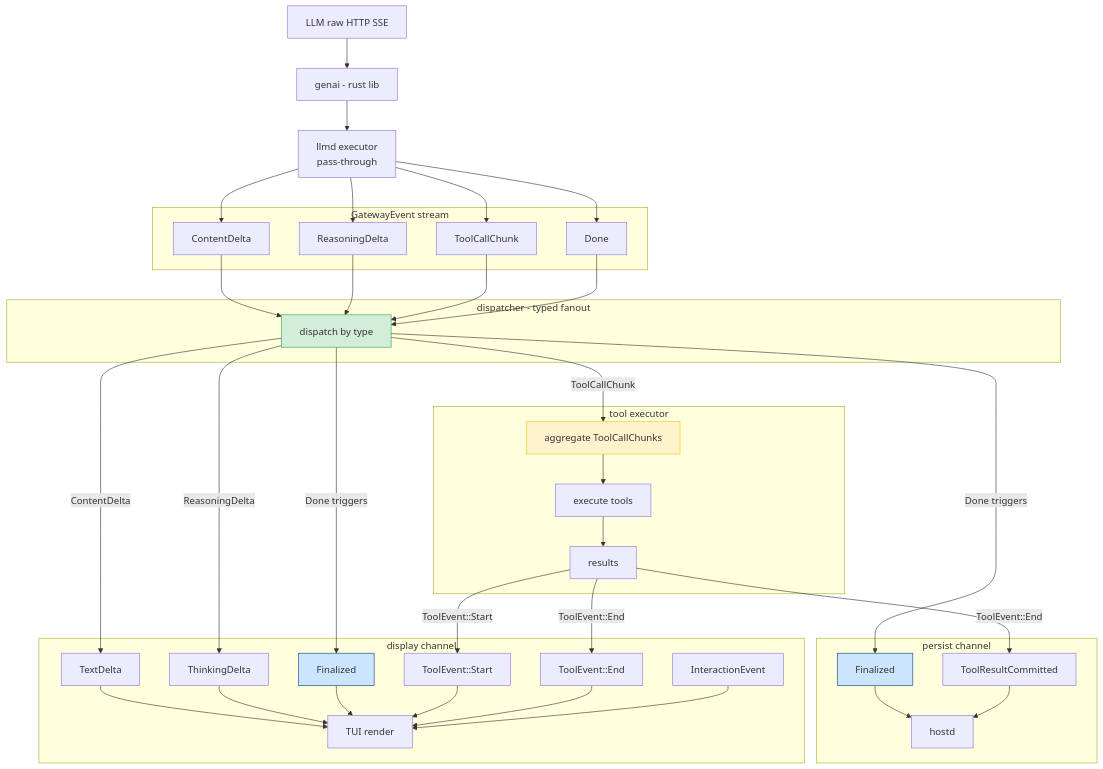
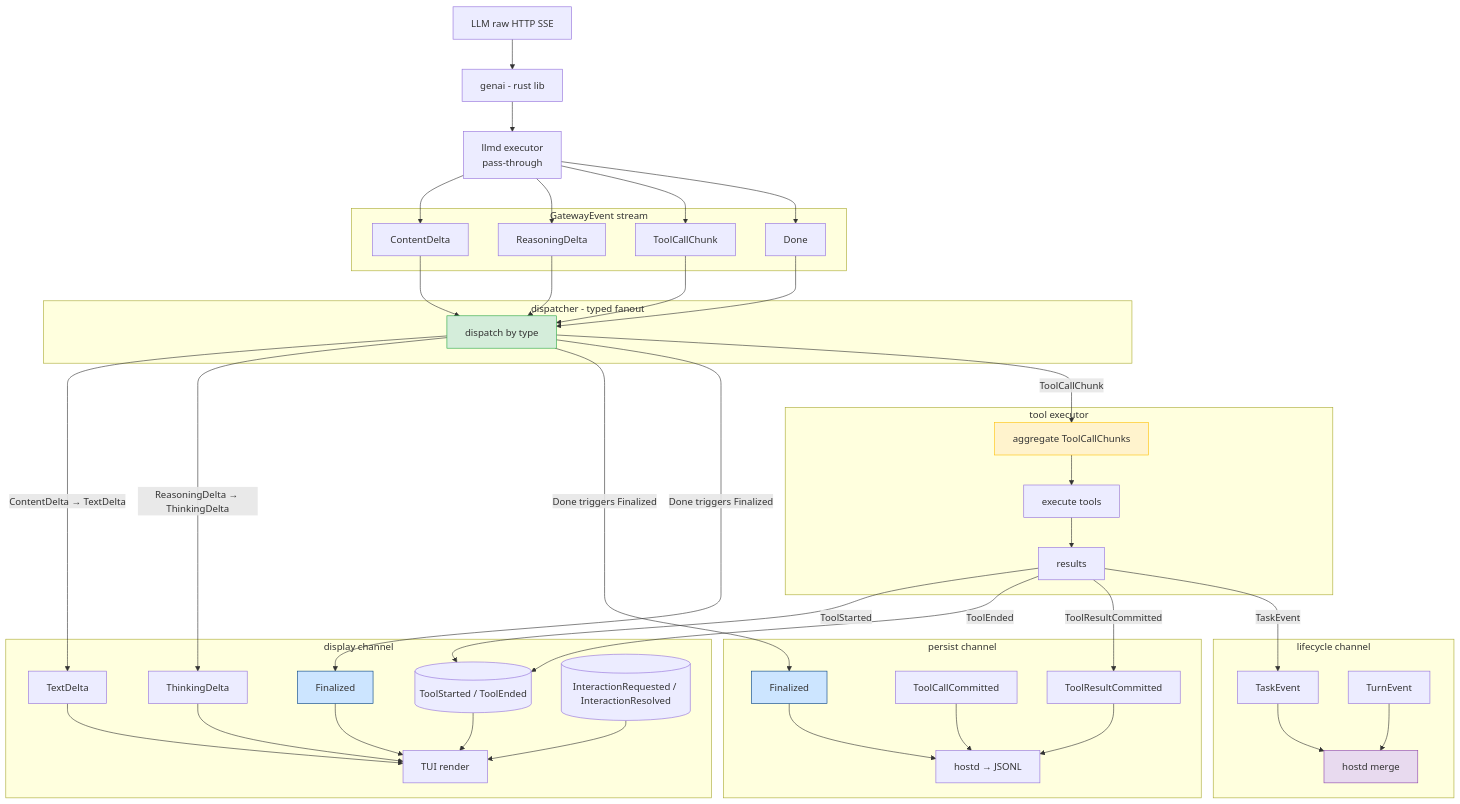
One commit to biuld/piko changed the first of 2 diagrams in docs/stream-architecture.md. Above: the diagram before and after it, drawn with Mermaid. The commit also changed other lines of this file and 32 other files, not shown here.

````diff
--- a/docs/stream-architecture.md
+++ b/docs/stream-architecture.md
@@ -23,63 +24,73 @@
 ```mermaid
 graph TD
   LLM[LLM raw HTTP SSE]
   GENAI[genai - rust lib]
   LLMD[llmd executor<br/>pass-through]
 
   subgraph GW[GatewayEvent stream]
     GW_T[ContentDelta]
     GW_TH[ReasoningDelta]
     GW_TC[ToolCallChunk]
     GW_D[Done]
   end
 
   subgraph DISP[dispatcher - typed fanout]
     DISP_CORE[dispatch by type]
   end
 
   subgraph PERSIST[persist channel]
     P_FINAL[Finalized]
+    P_TCC[ToolCallCommitted]
     P_TCR[ToolResultCommitted]
-    P_HOST[hostd]
+    P_HOST[hostd → JSONL]
   end
 
   subgraph DISPLAY[display channel]
     D_TEXT[TextDelta]
     D_THINK[ThinkingDelta]
     D_FINAL[Finalized]
-    D_TS[ToolEvent::Start]
-    D_TE[ToolEvent::End]
-    D_INT[InteractionEvent]
+    D_TOOL[(ToolStarted / ToolEnded)]
+    D_INT[(InteractionRequested / InteractionResolved)]
     D_TUI[TUI render]
+  end
+
+  subgraph LIFECYCLE[lifecycle channel]
+    L_TASK[TaskEvent]
+    L_TURN[TurnEvent]
+    L_HOST[hostd merge]
   end
 
   subgraph EXEC[tool executor]
     EXEC_AGG[aggregate ToolCallChunks]
     EXEC_RUN[execute tools]
     EXEC_RESULT[results]
   end
 
   LLM --> GENAI --> LLMD
   LLMD --> GW_T & GW_TH & GW_TC & GW_D
   GW_T & GW_TH & GW_TC & GW_D --> DISP_CORE
 
-  DISP_CORE -->|ContentDelta| D_TEXT
-  DISP_CORE -->|ReasoningDelta| D_THINK
-  DISP_CORE -->|Done triggers| P_FINAL
-  DISP_CORE -->|Done triggers| D_FINAL
+  DISP_CORE -->|ContentDelta → TextDelta| D_TEXT
+  DISP_CORE -->|ReasoningDelta → ThinkingDelta| D_THINK
+  DISP_CORE -->|Done triggers Finalized| P_FINAL
+  DISP_CORE -->|Done triggers Finalized| D_FINAL
   DISP_CORE -->|ToolCallChunk| EXEC_AGG
 
-  D_TEXT & D_THINK & D_FINAL & D_TS & D_TE & D_INT --> D_TUI
-  P_FINAL & P_TCR --> P_HOST
+  D_TEXT & D_THINK & D_FINAL & D_TOOL & D_INT --> D_TUI
+  L_TASK & L_TURN --> L_HOST
+
+  P_FINAL & P_TCC & P_TCR --> P_HOST
 
   EXEC_AGG --> EXEC_RUN
   EXEC_RUN --> EXEC_RESULT
-  EXEC_RESULT -->|ToolEvent::Start| D_TS
-  EXEC_RESULT -->|ToolEvent::End| D_TE
-  EXEC_RESULT -->|ToolEvent::End| P_TCR
+  EXEC_RESULT -->|ToolStarted| D_TOOL
+  EXEC_RESULT -->|ToolEnded| D_TOOL
+  EXEC_RESULT -->|ToolResultCommitted| P_TCR
+  EXEC_RESULT -->|TaskEvent| L_TASK
 
   style DISP_CORE fill:#d4edda,stroke:#28a745
   style EXEC_AGG fill:#fff3cd,stroke:#ffc107
   style P_FINAL fill:#cce5ff,stroke:#004085
   style D_FINAL fill:#cce5ff,stroke:#004085
+  style L_HOST fill:#e8daef,stroke:#8e44ad
 ```
````
